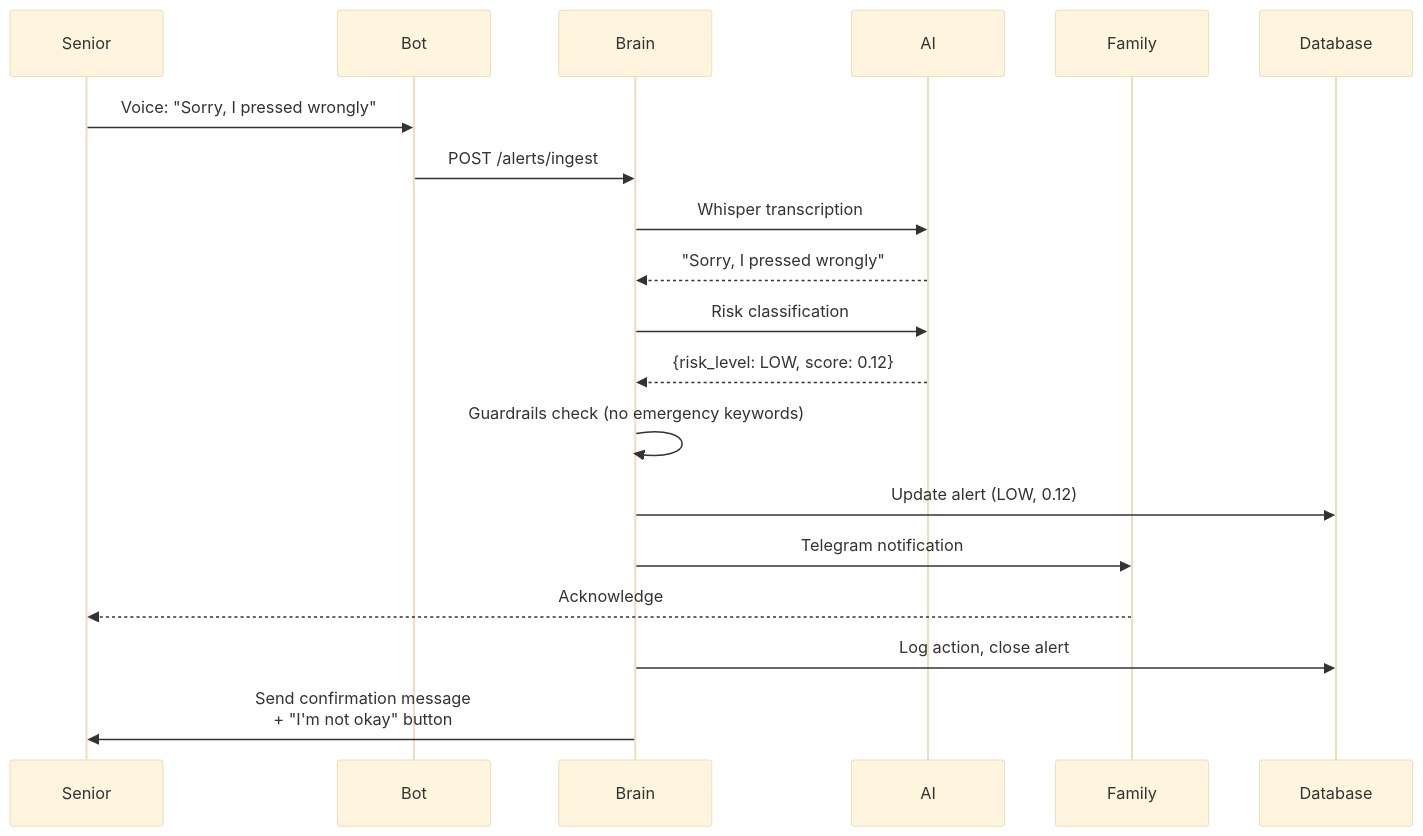
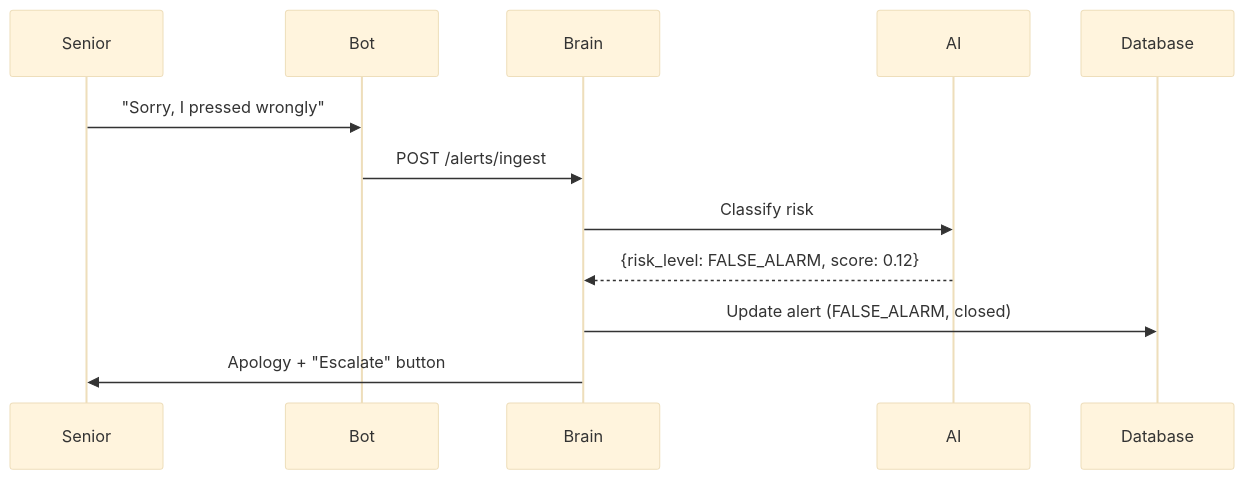
Before and after one commit to brucewzj99/PersonalAlertPlus: the fourth of 8 diagrams in flowchart.md, drawn with Mermaid (base theme). The commit also changed other lines of this file and 11 other files, not shown here.

````diff
--- a/flowchart.md
+++ b/flowchart.md
@@ -265,21 +267,14 @@
 ```mermaid
 sequenceDiagram
     participant Senior
     participant Bot
     participant Brain
     participant AI
-    participant Family
 
-    Senior->>Bot: Voice: "Sorry, I pressed wrongly"
+    Senior->>Bot: "Sorry, I pressed wrongly"
     Bot->>Brain: POST /alerts/ingest
-    Brain->>AI: Whisper transcription
-    AI-->>Brain: "Sorry, I pressed wrongly"
-    Brain->>AI: Risk classification
-    AI-->>Brain: {risk_level: LOW, score: 0.12}
-    Brain->>Brain: Guardrails check (no emergency keywords)
-    Brain->>Database: Update alert (LOW, 0.12)
-    Brain->>Family: Telegram notification
-    Family-->>Senior: Acknowledge
-    Brain->>Database: Log action, close alert
-    Brain->>Senior: Send confirmation message<br/>+ "I'm not okay" button
+    Brain->>AI: Classify risk
+    AI-->>Brain: {risk_level: FALSE_ALARM, score: 0.12}
+    Brain->>Database: Update alert (FALSE_ALARM, closed)
+    Brain->>Senior: Apology + "Escalate" button
 ```
````
